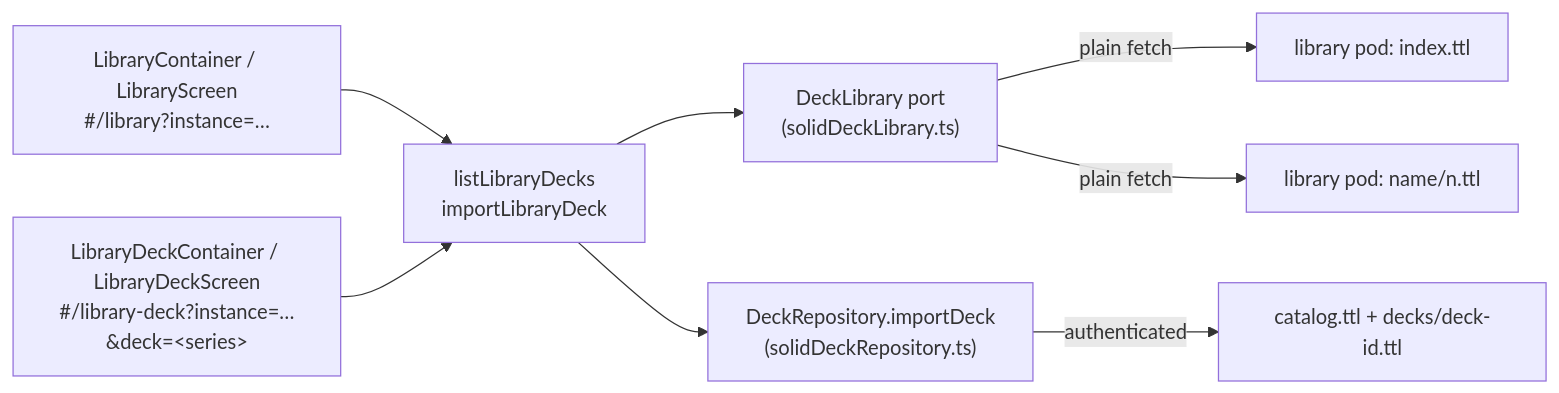
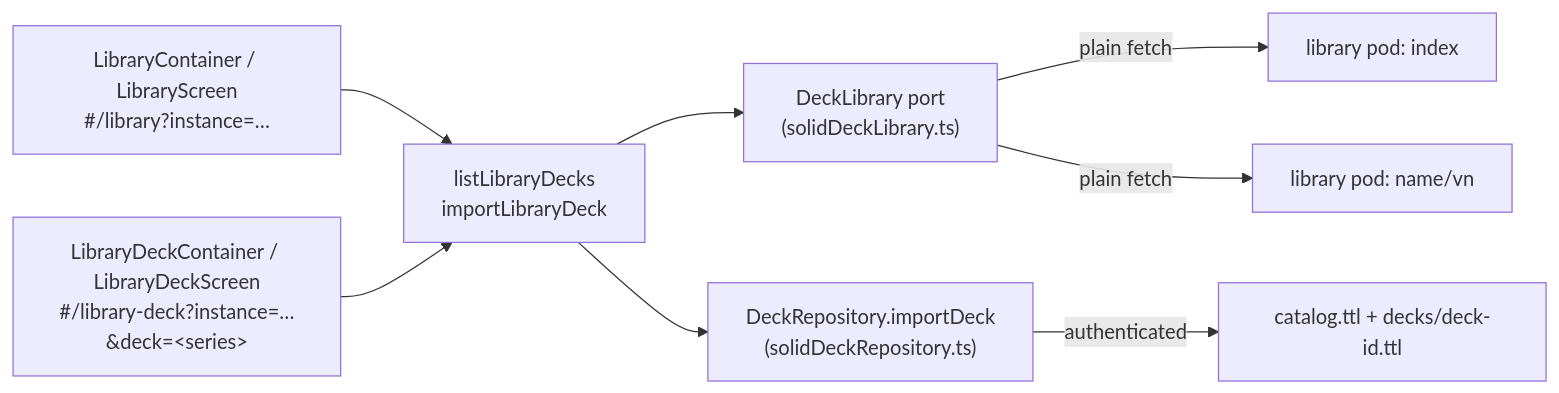
Before and after one commit to solid-memo/website: the diagram in docs/deck-library.md, drawn with Mermaid. The commit also changed other lines of this file and 9 other files, not shown here.

First line of the commit message:
Read the deck library's index without its extension, releases as v<N>

````diff
--- a/docs/deck-library.md
+++ b/docs/deck-library.md
@@ -34,10 +38,10 @@
 ```mermaid
 flowchart LR
     ui["LibraryContainer / LibraryScreen<br/>#/library?instance=…"] --> uc["listLibraryDecks<br/>importLibraryDeck"]
     page["LibraryDeckContainer / LibraryDeckScreen<br/>#/library-deck?instance=…&deck=&lt;series&gt;"] --> uc
     uc --> lib["DeckLibrary port<br/>(solidDeckLibrary.ts)"]
     uc --> repo["DeckRepository.importDeck<br/>(solidDeckRepository.ts)"]
-    lib -->|plain fetch| idx["library pod: index.ttl"]
-    lib -->|plain fetch| doc["library pod: name/n.ttl"]
+    lib -->|plain fetch| idx["library pod: index"]
+    lib -->|plain fetch| doc["library pod: name/vn"]
     repo -->|authenticated| pod["catalog.ttl + decks/deck-id.ttl"]
 ```
````
